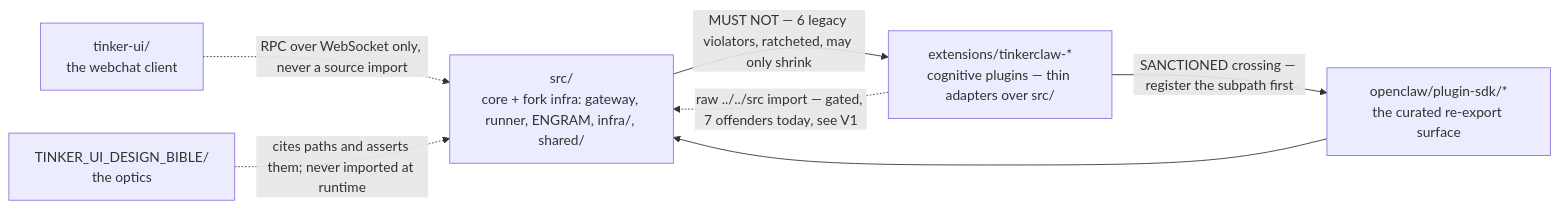
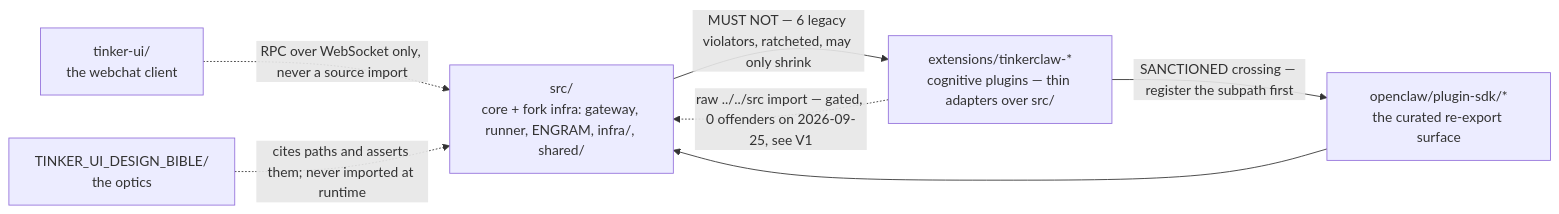
The third of 3 diagrams in TINKER_UI_DESIGN_BIBLE/architecture.md (globalcaos/tinkerclaw), drawn with Mermaid before and after one commit. The commit also changed other lines of this file and 2106 other files, not shown here.

````diff
--- a/TINKER_UI_DESIGN_BIBLE/architecture.md
+++ b/TINKER_UI_DESIGN_BIBLE/architecture.md
@@ -346,15 +376,15 @@
 ```mermaid
 flowchart LR
   UI["tinker-ui/<br/>the webchat client"]
   SRC["src/<br/>core + fork infra: gateway, runner, ENGRAM, infra/, shared/"]
   SDK["openclaw/plugin-sdk/*<br/>the curated re-export surface"]
   EXTS["extensions/tinkerclaw-*<br/>cognitive plugins — thin adapters over src/"]
   BIB["TINKER_UI_DESIGN_BIBLE/<br/>the optics"]
 
   EXTS -->|"SANCTIONED crossing — register the subpath first"| SDK
   SDK --> SRC
-  EXTS -.->|"raw ../../src import — gated, 7 offenders today, see V1"| SRC
+  EXTS -.->|"raw ../../src import — gated, 0 offenders on 2026-09-25, see V1"| SRC
   UI -.->|"RPC over WebSocket only, never a source import"| SRC
   SRC -->|"MUST NOT — 6 legacy violators, ratcheted, may only shrink"| EXTS
   BIB -.->|"cites paths and asserts them; never imported at runtime"| SRC
 ```
````
